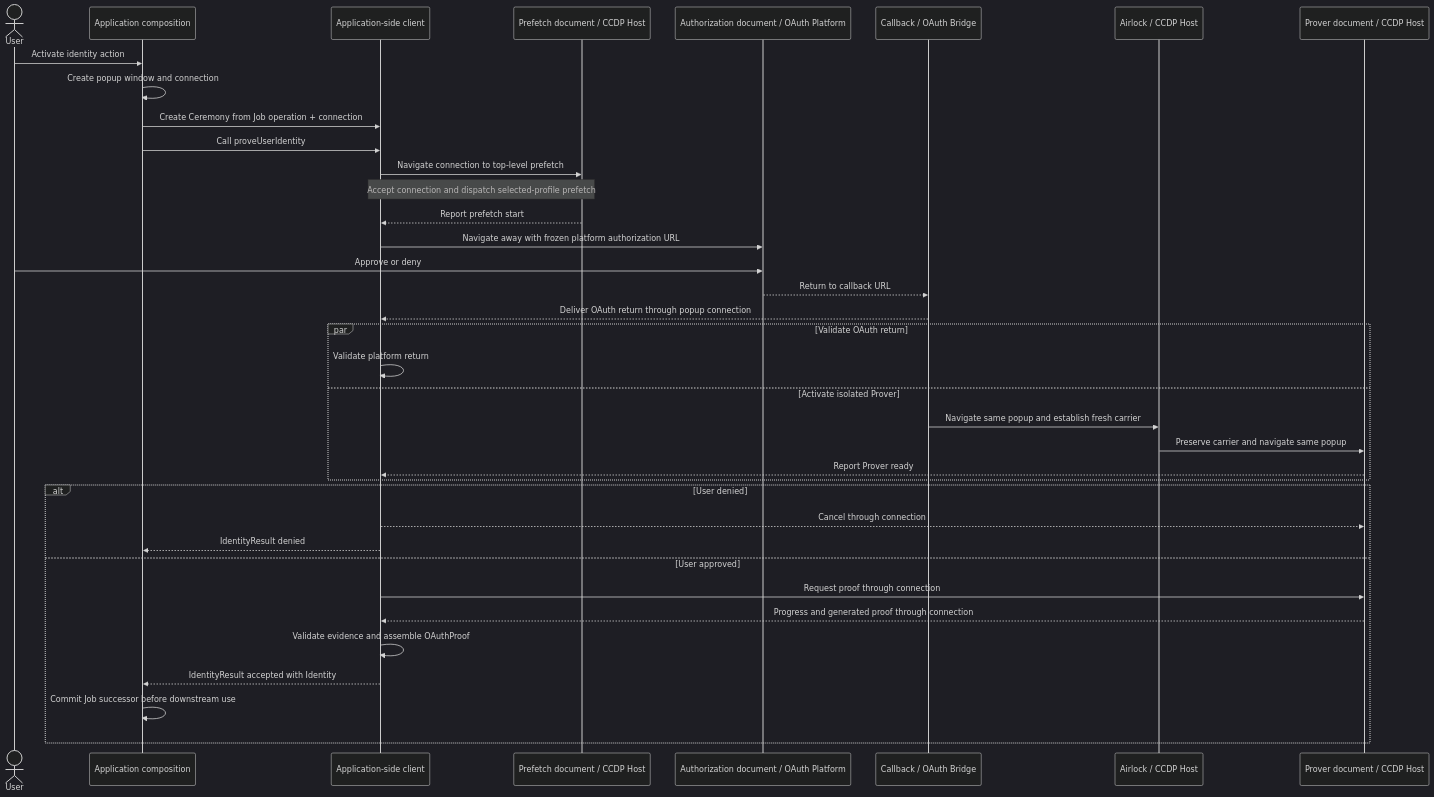
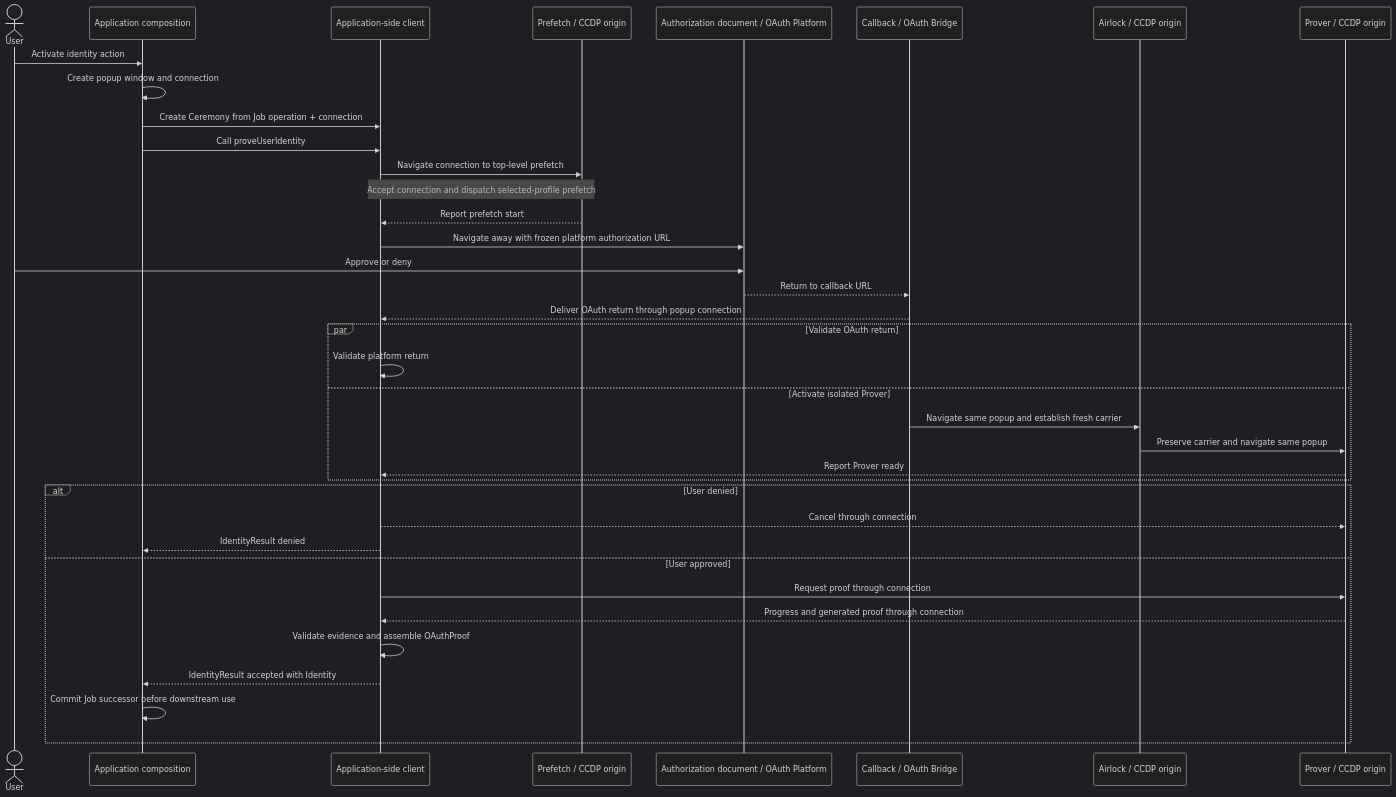
The diagram in ts/packages/ceremony/ARCHITECTURE.md (libid-org/libid), drawn with Mermaid (dark theme) before and after one commit. The commit also changed other lines of this file and 6 other files, not shown here.

````diff
--- a/ts/packages/ceremony/ARCHITECTURE.md
+++ b/ts/packages/ceremony/ARCHITECTURE.md
@@ -43,40 +44,40 @@
 ```mermaid
 sequenceDiagram
     actor U as User
     participant A as Application composition
     participant C as Application-side client
-    participant F as Prefetch document / CCDP Host
+    participant F as Prefetch / CCDP origin
     participant O as Authorization document / OAuth Platform
     participant P as Callback / OAuth Bridge
-    participant L as Airlock / CCDP Host
-    participant R as Prover document / CCDP Host
+    participant L as Airlock / CCDP origin
+    participant R as Prover / CCDP origin
 
     U->>A: Activate identity action
     A->>A: Create popup window and connection
     A->>C: Create Ceremony from Job operation + connection
     A->>C: Call proveUserIdentity
     C->>F: Navigate connection to top-level prefetch
     Note over C,F: Accept connection and dispatch selected-profile prefetch
     F-->>C: Report prefetch start
     C->>O: Navigate away with frozen platform authorization URL
     U->>O: Approve or deny
     O-->>P: Return to callback URL
     P-->>C: Deliver OAuth return through popup connection
     par Validate OAuth return
         C->>C: Validate platform return
     and Activate isolated Prover
         P->>L: Navigate same popup and establish fresh carrier
         L->>R: Preserve carrier and navigate same popup
         R-->>C: Report Prover ready
     end
     alt User denied
         C-->>R: Cancel through connection
         C-->>A: IdentityResult denied
     else User approved
         C->>R: Request proof through connection
         R-->>C: Progress and generated proof through connection
         C->>C: Validate evidence and assemble OAuthProof
         C-->>A: IdentityResult accepted with Identity
         A->>A: Commit Job successor before downstream use
     end
 ```
````
